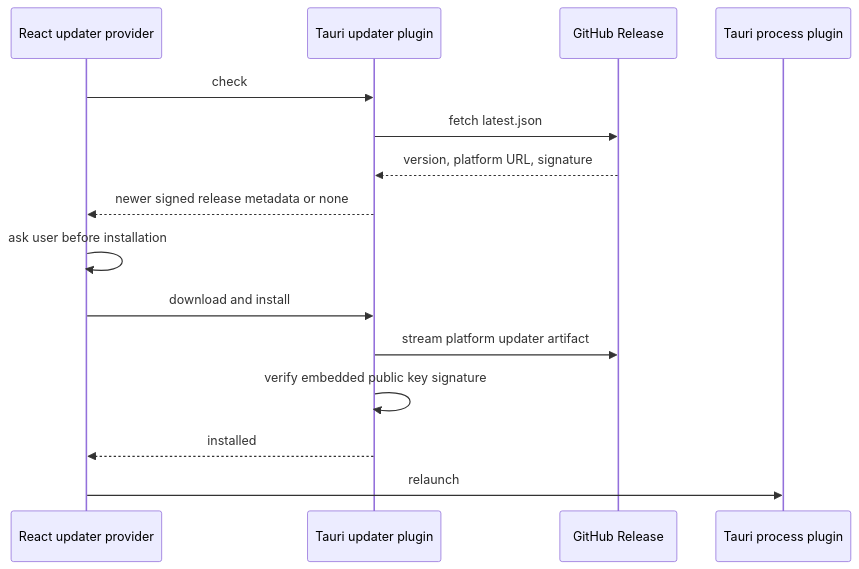
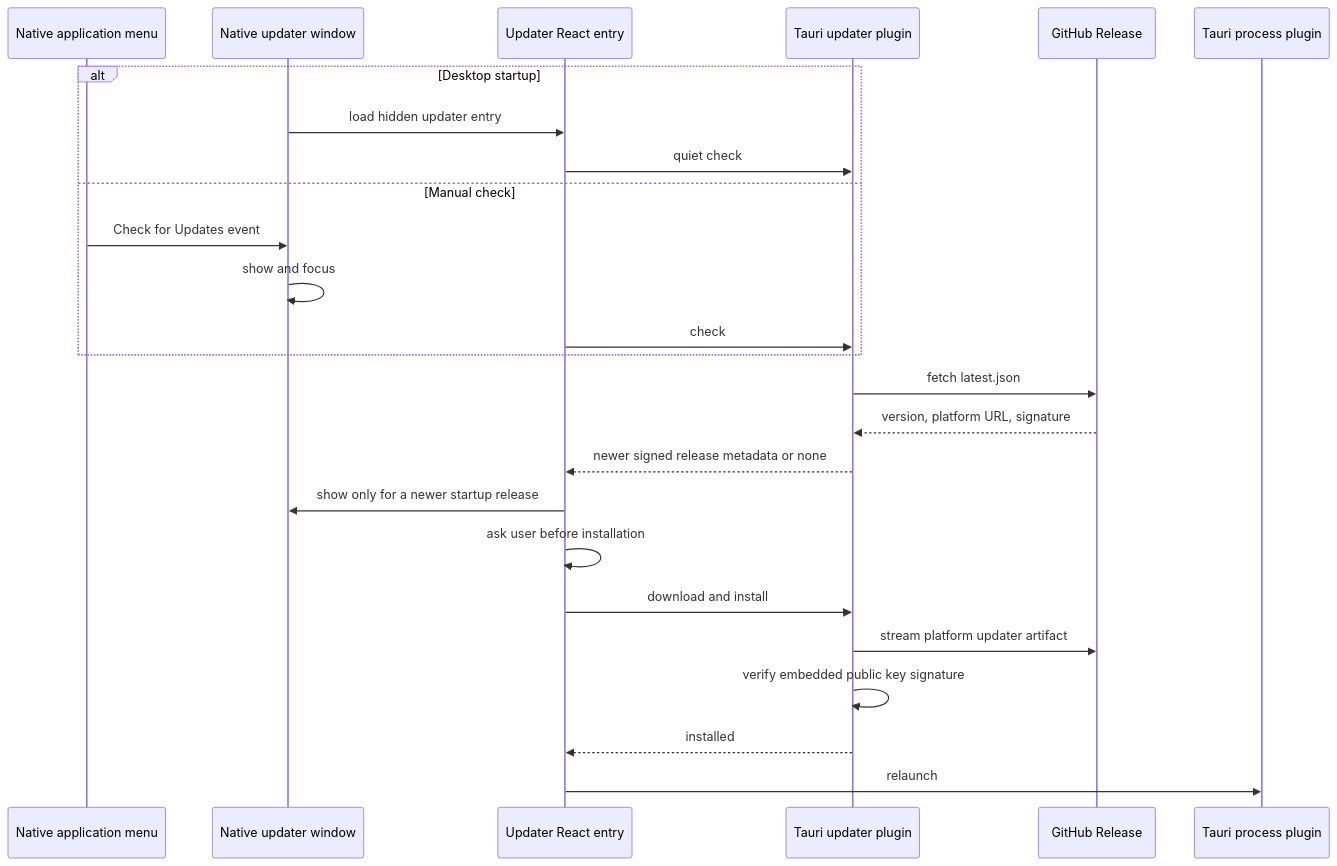
Before and after one commit to Australian-Text-Analytics-Platform/ldaca_web_app: the second of 2 diagrams in docs/architecture/frontend/desktop.md, drawn with Mermaid. The commit also changed other lines of this file and 19 other files, not shown here.

Commit message:
feat(desktop): add native signed update flow

````diff
--- a/docs/architecture/frontend/desktop.md
+++ b/docs/architecture/frontend/desktop.md
@@ -85,18 +90,28 @@
 ```mermaid
 sequenceDiagram
-    participant UI as React updater provider
+    participant Menu as Native application menu
+    participant Window as Native updater window
+    participant UI as Updater React entry
     participant Plugin as Tauri updater plugin
     participant Release as GitHub Release
     participant Process as Tauri process plugin
 
-    UI->>Plugin: check
+    alt Desktop startup
+        Window->>UI: load hidden updater entry
+        UI->>Plugin: quiet check
+    else Manual check
+        Menu->>Window: Check for Updates event
+        Window->>Window: show and focus
+        UI->>Plugin: check
+    end
     Plugin->>Release: fetch latest.json
     Release-->>Plugin: version, platform URL, signature
     Plugin-->>UI: newer signed release metadata or none
+    UI->>Window: show only for a newer startup release
     UI->>UI: ask user before installation
     UI->>Plugin: download and install
     Plugin->>Release: stream platform updater artifact
     Plugin->>Plugin: verify embedded public key signature
     Plugin-->>UI: installed
     UI->>Process: relaunch
 ```
````
